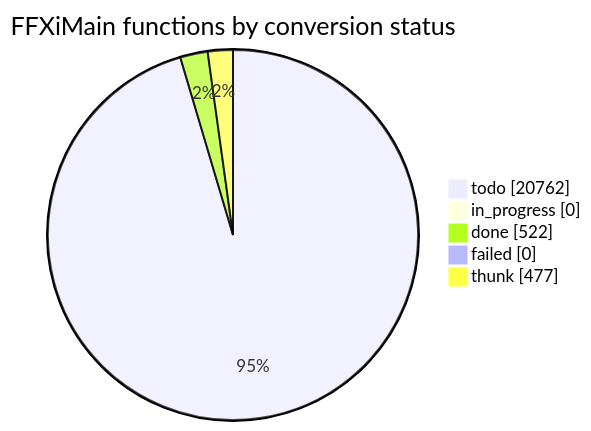
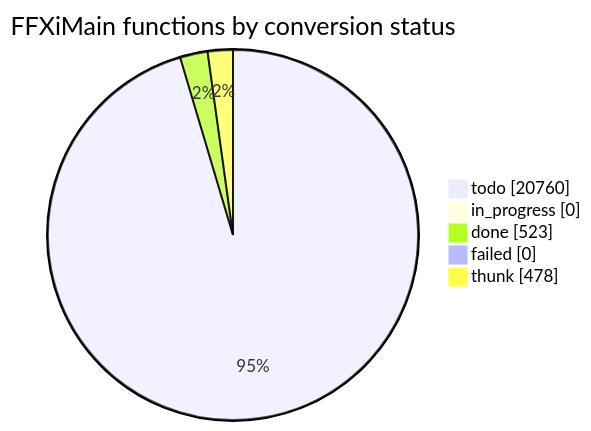
One commit to cowrevenge/cow_kuluu_xi_anything changed the diagram in docs/cow/STATUS.md. Above: the diagram before and after it, drawn with Mermaid. The commit also changed other lines of this file and 9 other files, not shown here.

````diff
--- a/docs/cow/STATUS.md
+++ b/docs/cow/STATUS.md
@@ -18,9 +18,9 @@
 ```mermaid
 pie showData
     title FFXiMain functions by conversion status
-    "todo" : 20762
+    "todo" : 20760
     "in_progress" : 0
-    "done" : 522
+    "done" : 523
     "failed" : 0
-    "thunk" : 477
+    "thunk" : 478
 ```
````
